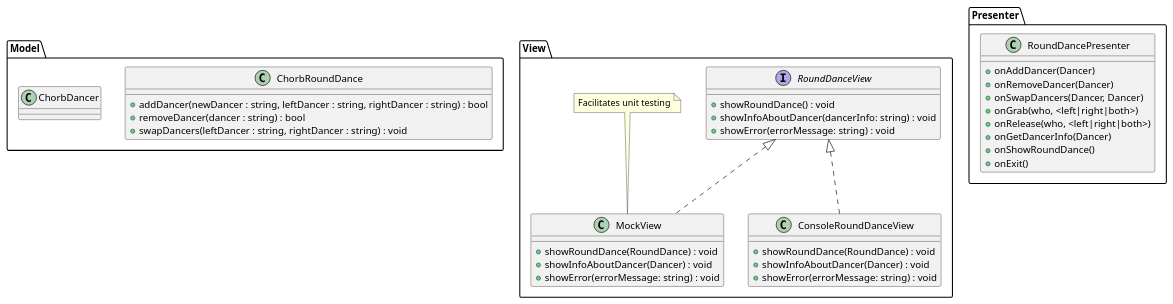
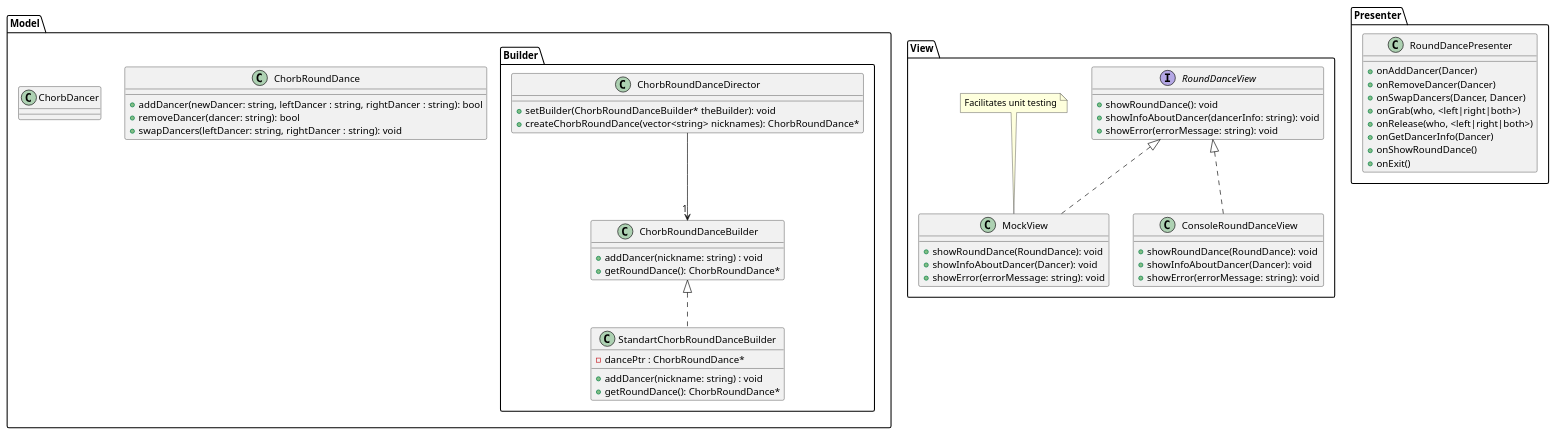
Before and after one commit to segoranov/round_dance: the diagram in class_diagram.plantuml, drawn with PlantUML.

Commit message:
Add builder pattern classes to class diagram

```diff
--- a/class_diagram.plantuml
+++ b/class_diagram.plantuml
@@ -1,53 +1,75 @@
 @startuml
 package Model {
 
 class ChorbRoundDance{
-+ addDancer(newDancer : string, leftDancer : string, rightDancer : string) : bool
-+ removeDancer(dancer : string) : bool
-+ swapDancers(leftDancer : string, rightDancer : string) : void 
++ addDancer(newDancer: string, leftDancer : string, rightDancer : string): bool
++ removeDancer(dancer: string): bool
++ swapDancers(leftDancer: string, rightDancer : string): void
 }
 
 class ChorbDancer{
+
+}
+
+package Builder {
+
+class ChorbRoundDanceBuilder {
+  + addDancer(nickname: string) : void
+  + getRoundDance(): ChorbRoundDance*
+}
+
+class StandartChorbRoundDanceBuilder implements ChorbRoundDanceBuilder {
+  - dancePtr : ChorbRoundDance*
+  + addDancer(nickname: string) : void
+  + getRoundDance(): ChorbRoundDance*
+}
+
+class ChorbRoundDanceDirector {
+  + setBuilder(ChorbRoundDanceBuilder* theBuilder): void
+  + createChorbRoundDance(vector<string> nicknames): ChorbRoundDance*
+}
+
+ChorbRoundDanceDirector --> "1" ChorbRoundDanceBuilder
 
 }
 
 }
 
 package View {
 
 interface RoundDanceView {
-+ showRoundDance() : void
-+ showInfoAboutDancer(dancerInfo: string) : void
-+ showError(errorMessage: string) : void
++ showRoundDance(): void
++ showInfoAboutDancer(dancerInfo: string): void
++ showError(errorMessage: string): void
 }
 
 class ConsoleRoundDanceView implements RoundDanceView {
-+ showRoundDance(RoundDance) : void
-+ showInfoAboutDancer(Dancer) : void
-+ showError(errorMessage: string) : void
++ showRoundDance(RoundDance): void
++ showInfoAboutDancer(Dancer): void
++ showError(errorMessage: string): void
 }
 
 class MockView implements RoundDanceView {
-+ showRoundDance(RoundDance) : void
-+ showInfoAboutDancer(Dancer) : void
-+ showError(errorMessage: string) : void
++ showRoundDance(RoundDance): void
++ showInfoAboutDancer(Dancer): void
++ showError(errorMessage: string): void
 }
 
 note top of MockView: Facilitates unit testing
 
 }
 
 package Presenter {
 class RoundDancePresenter {
 + onAddDancer(Dancer)
 + onRemoveDancer(Dancer)
 + onSwapDancers(Dancer, Dancer)
 + onGrab(who, <left|right|both>)
 + onRelease(who, <left|right|both>)
 + onGetDancerInfo(Dancer)
 + onShowRoundDance()
 + onExit()
 }
 
 }
 @enduml
```
